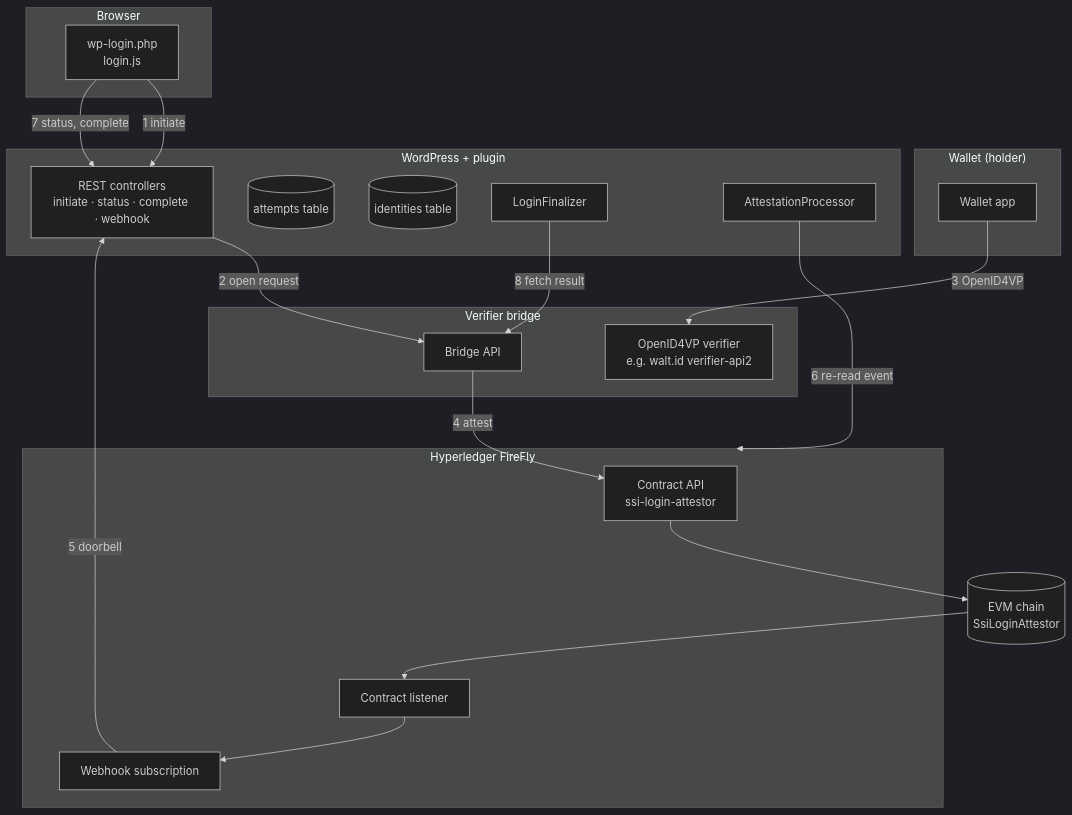
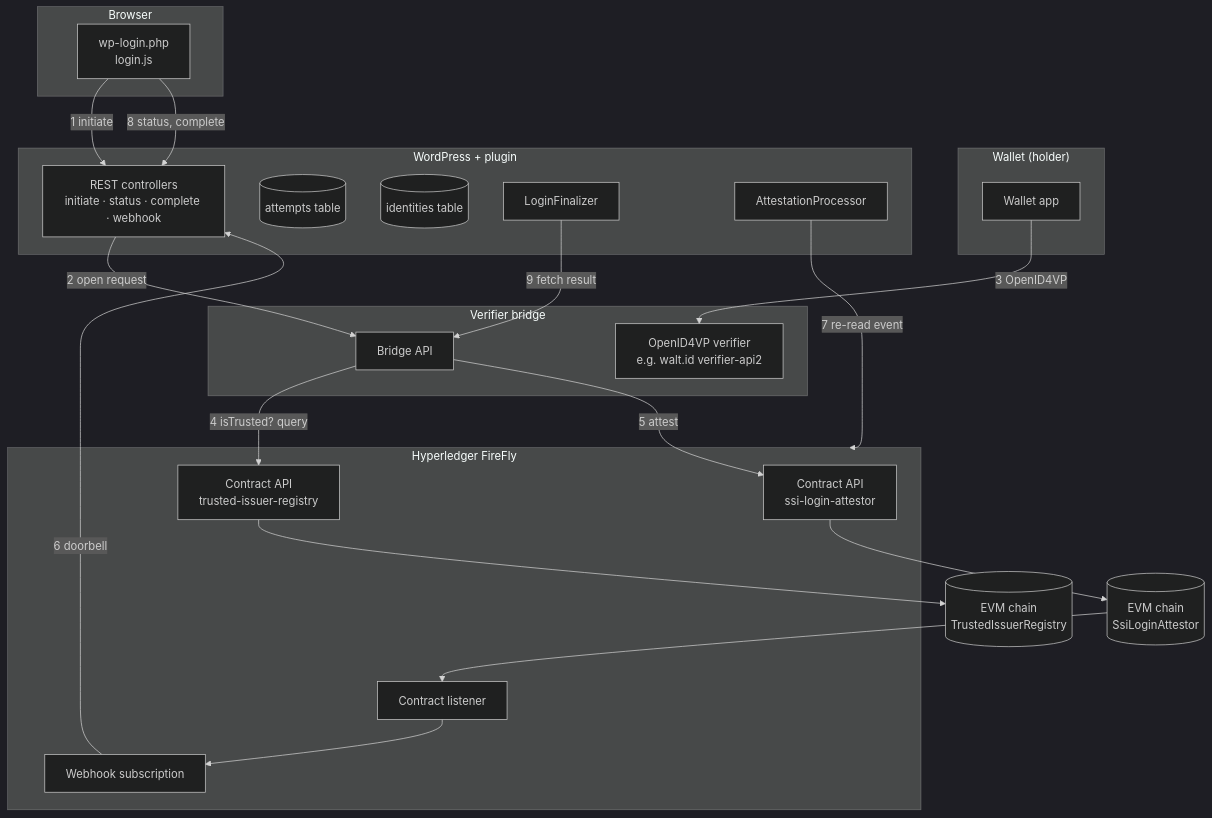
Before and after one commit to bloclabs-io/bloclabs-ssi-login: the diagram in docs/ARCHITECTURE.md, drawn with Mermaid (dark theme). The commit also changed other lines of this file and 3 other files, not shown here.

First line of the commit message:
Record the trusted-issuer registry decision (ADR 0006)

````diff
--- a/docs/ARCHITECTURE.md
+++ b/docs/ARCHITECTURE.md
@@ -19,35 +20,38 @@
 ```mermaid
 flowchart TB
     subgraph Browser
         LP[wp-login.php<br/>login.js]
     end
     subgraph Phone["Wallet (holder)"]
         WA[Wallet app]
     end
     subgraph WP[WordPress + plugin]
         R[REST controllers<br/>initiate · status · complete · webhook]
         S[(attempts table)]
         I[(identities table)]
         LF[LoginFinalizer]
         AP[AttestationProcessor]
     end
     subgraph Sidecar[Verifier bridge]
         BR[Bridge API]
         VE[OpenID4VP verifier<br/>e.g. walt.id verifier-api2]
     end
     subgraph FF[Hyperledger FireFly]
         API[Contract API<br/>ssi-login-attestor]
+        RAPI[Contract API<br/>trusted-issuer-registry]
         L[Contract listener]
         SUB[Webhook subscription]
     end
     CH[(EVM chain<br/>SsiLoginAttestor)]
+    REG[(EVM chain<br/>TrustedIssuerRegistry)]
 
     LP -->|1 initiate| R
     R -->|2 open request| BR
     WA -->|3 OpenID4VP| VE
-    BR -->|4 attest| API --> CH
-    CH --> L --> SUB -->|5 doorbell| R
-    AP -->|6 re-read event| FF
-    LP -->|7 status, complete| R
-    LF -->|8 fetch result| BR
+    BR -->|4 isTrusted? query| RAPI --> REG
+    BR -->|5 attest| API --> CH
+    CH --> L --> SUB -->|6 doorbell| R
+    AP -->|7 re-read event| FF
+    LP -->|8 status, complete| R
+    LF -->|9 fetch result| BR
 ```
````
